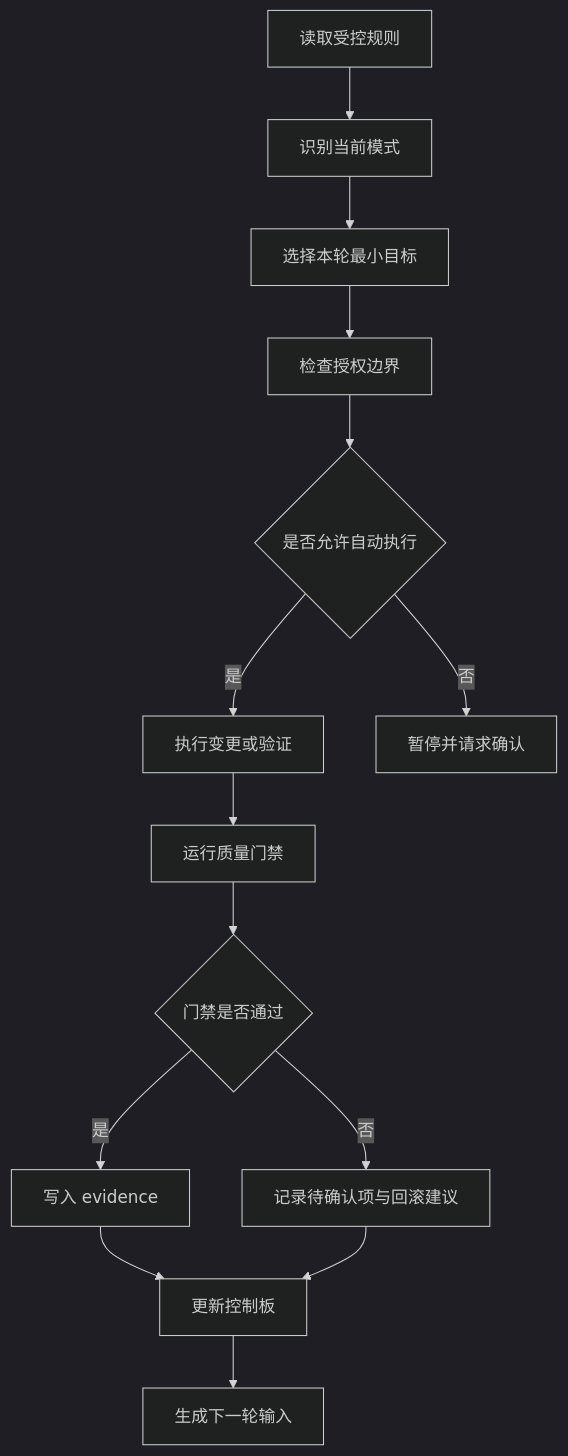
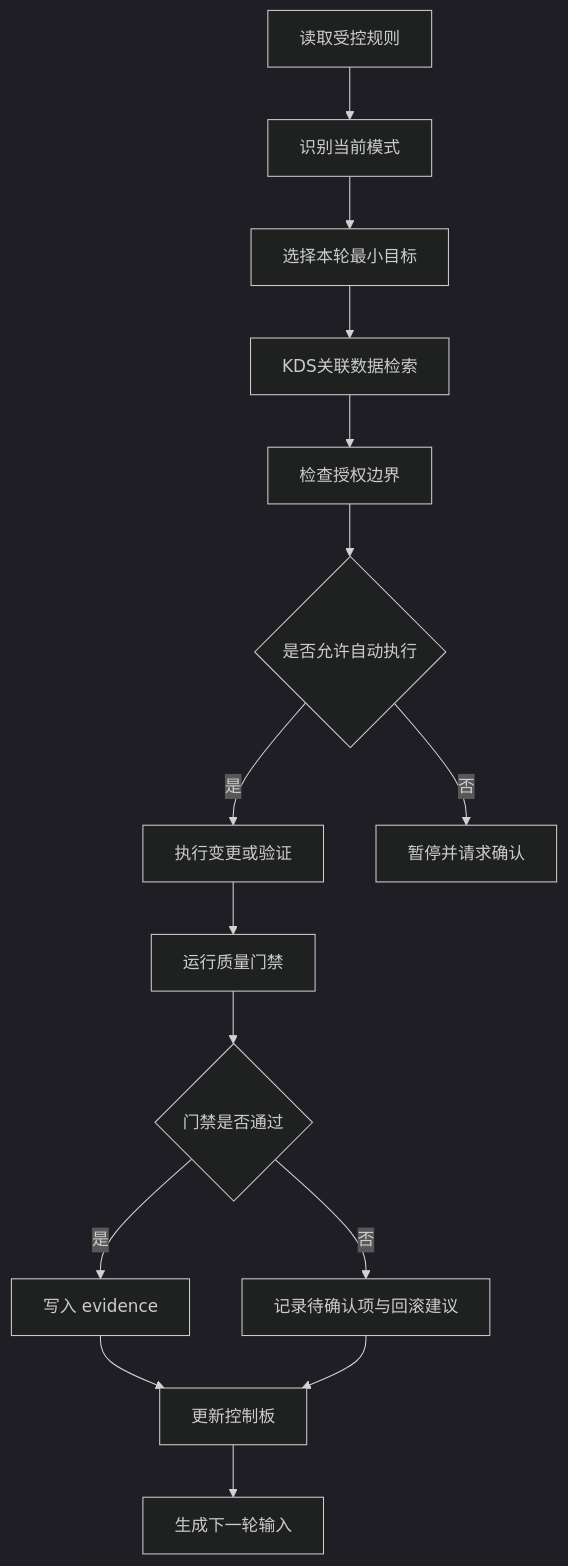
Before and after one commit to Jiumilu/GCGPCF: the diagram in .kds/development-space/开发/91-治理与验收/02-governance/loop/LOOP_EXECUTION_RULES.md, drawn with Mermaid (dark theme). The commit also changed other lines of this file and 39 other files, not shown here.

````diff
--- a/.kds/development-space/开发/91-治理与验收/02-governance/loop/LOOP_EXECUTION_RULES.md
+++ b/.kds/development-space/开发/91-治理与验收/02-governance/loop/LOOP_EXECUTION_RULES.md
@@ -38,16 +39,17 @@
 ```mermaid
 flowchart TD
   A["读取受控规则"] --> B["识别当前模式"]
   B --> C["选择本轮最小目标"]
-  C --> D["检查授权边界"]
-  D --> E{"是否允许自动执行"}
-  E -->|是| F["执行变更或验证"]
-  E -->|否| G["暂停并请求确认"]
-  F --> H["运行质量门禁"]
-  H --> I{"门禁是否通过"}
-  I -->|是| J["写入 evidence"]
-  I -->|否| K["记录待确认项与回滚建议"]
-  J --> L["更新控制板"]
-  K --> L
-  L --> M["生成下一轮输入"]
+  C --> D["KDS关联数据检索"]
+  D --> E["检查授权边界"]
+  E --> F{"是否允许自动执行"}
+  F -->|是| G["执行变更或验证"]
+  F -->|否| H["暂停并请求确认"]
+  G --> I["运行质量门禁"]
+  I --> J{"门禁是否通过"}
+  J -->|是| K["写入 evidence"]
+  J -->|否| L["记录待确认项与回滚建议"]
+  K --> M["更新控制板"]
+  L --> M
+  M --> N["生成下一轮输入"]
 ```
````
